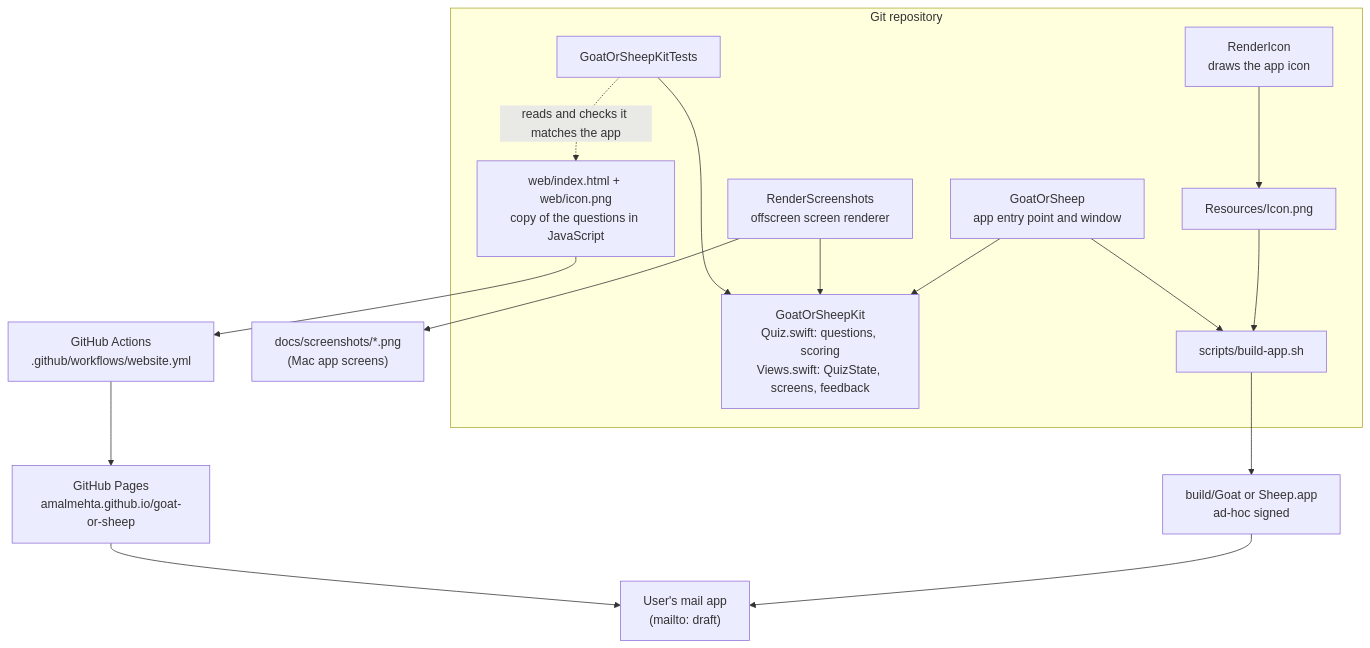
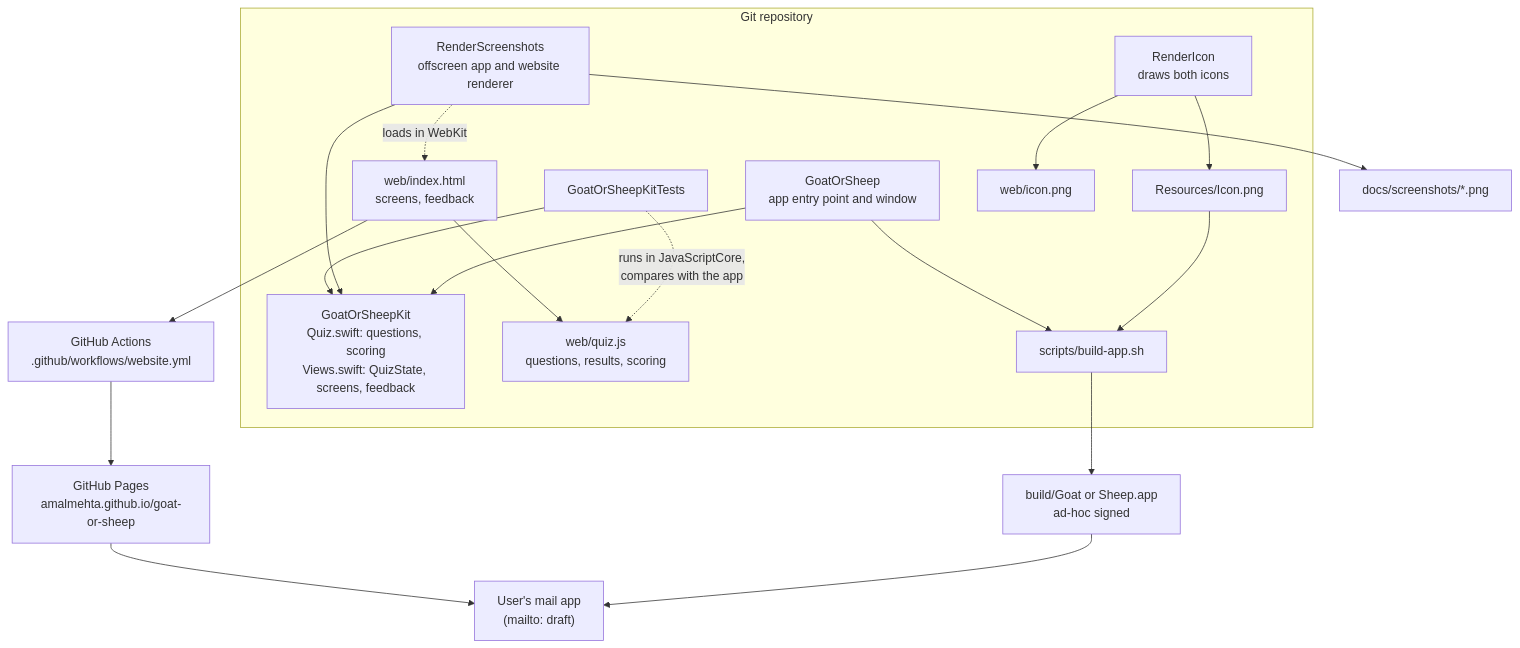
One commit to amalmehta/goat-or-sheep changed the first of 2 diagrams in docs/SYSTEM-DESIGN.md. Above: the diagram before and after it, drawn with Mermaid. The commit also changed other lines of this file and 15 other files, not shown here.

````diff
--- a/docs/SYSTEM-DESIGN.md
+++ b/docs/SYSTEM-DESIGN.md
@@ -9,29 +9,34 @@
 ```mermaid
 flowchart TB
   subgraph Repo["Git repository"]
     Kit["GoatOrSheepKit<br/>Quiz.swift: questions, scoring<br/>Views.swift: QuizState, screens, feedback"]
     App["GoatOrSheep<br/>app entry point and window"]
-    Shots["RenderScreenshots<br/>offscreen screen renderer"]
-    IconTool["RenderIcon<br/>draws the app icon"]
+    Shots["RenderScreenshots<br/>offscreen app and website renderer"]
+    IconTool["RenderIcon<br/>draws both icons"]
     Tests["GoatOrSheepKitTests"]
-    Web["web/index.html + web/icon.png<br/>copy of the questions in JavaScript"]
+    QuizJS["web/quiz.js<br/>questions, results, scoring"]
+    Page["web/index.html<br/>screens, feedback"]
     Build["scripts/build-app.sh"]
     IconPng["Resources/Icon.png"]
+    WebIcon["web/icon.png"]
   end
 
   App --> Kit
   Shots --> Kit
+  Shots -. "loads in WebKit" .-> Page
   Tests --> Kit
-  Tests -. "reads and checks it matches the app" .-> Web
+  Tests -. "runs in JavaScriptCore,<br/>compares with the app" .-> QuizJS
+  Page --> QuizJS
   IconTool --> IconPng
+  IconTool --> WebIcon
   IconPng --> Build
   App --> Build
   Build --> Bundle["build/Goat or Sheep.app<br/>ad-hoc signed"]
-  Shots --> Screens["docs/screenshots/*.png<br/>(Mac app screens)"]
+  Shots --> Screens["docs/screenshots/*.png"]
 
-  Web --> Action["GitHub Actions<br/>.github/workflows/website.yml"]
+  Page --> Action["GitHub Actions<br/>.github/workflows/website.yml"]
   Action --> Pages["GitHub Pages<br/>amalmehta.github.io/goat-or-sheep"]
 
   Bundle --> Mail["User's mail app<br/>(mailto: draft)"]
   Pages --> Mail
 ```
````
